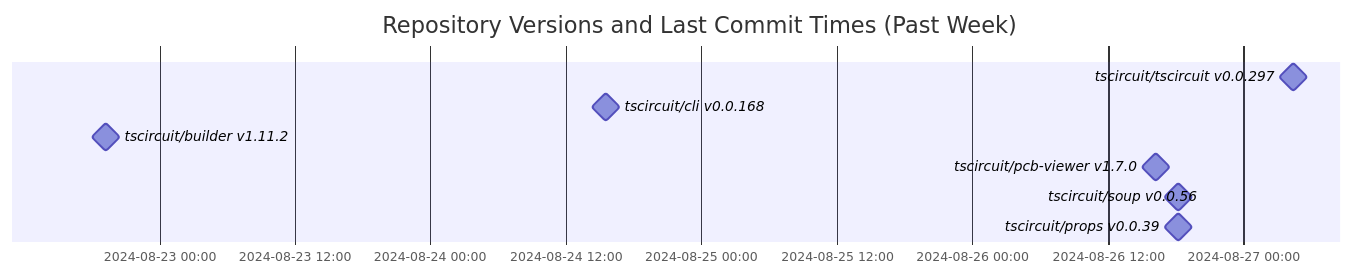
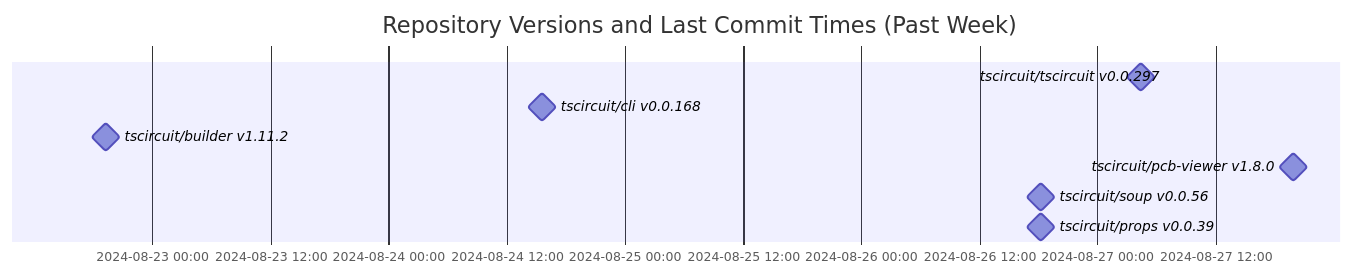
One commit to tscircuit/version-tracker changed the diagram in README.md. Above: the diagram before and after it, drawn with Mermaid.

Commit message:
Update chart

````diff
--- a/README.md
+++ b/README.md
@@ -1,13 +1,13 @@
 ```mermaid
 gantt
   dateFormat  YYYY-MM-DD HH:mm:ss
   title Repository Versions and Last Commit Times (Past Week)
   axisFormat %Y-%m-%d %H:%M
 
   tscircuit/tscircuit v0.0.297 : milestone, 2024-08-27 04:25:04, 1s
   tscircuit/cli v0.0.168 : milestone, 2024-08-24 15:32:19, 1s
   tscircuit/builder v1.11.2 : milestone, 2024-08-22 19:17:19, 1s
-  tscircuit/pcb-viewer v1.7.0 : milestone, 2024-08-26 16:11:24, 1s
+  tscircuit/pcb-viewer v1.8.0 : milestone, 2024-08-27 19:53:15, 1s
   tscircuit/soup v0.0.56 : milestone, 2024-08-26 18:17:15, 1s
   tscircuit/props v0.0.39 : milestone, 2024-08-26 18:16:02, 1s
 ```
````
